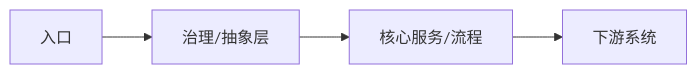
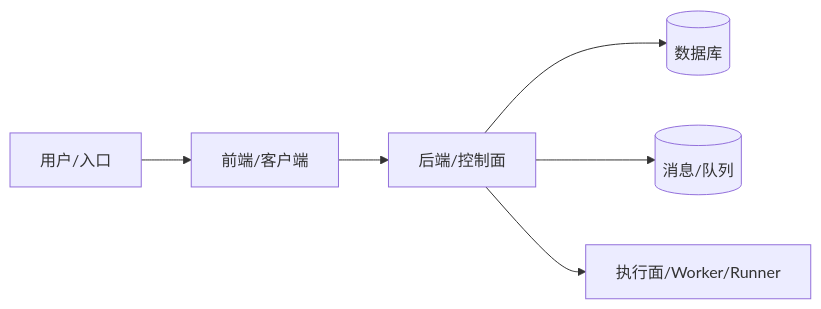
The second of 3 diagrams in tech-sharing-template.md (Whisper24X/personal), drawn with Mermaid before and after one commit. The commit also changed other lines of this file and 2 other files, not shown here.

````diff
--- a/tech-sharing-template.md
+++ b/tech-sharing-template.md
@@ -168,6 +123,8 @@
 ```mermaid
 flowchart LR
-  U[入口] --> X[治理/抽象层]
-  X --> Y[核心服务/流程]
-  Y --> Z[下游系统]
+  U[用户/入口] --> FE[前端/客户端]
+  FE --> API[后端/控制面]
+  API --> DB[(数据库)]
+  API --> MQ[(消息/队列)]
+  API --> EXE[执行面/Worker/Runner]
 ```
````
